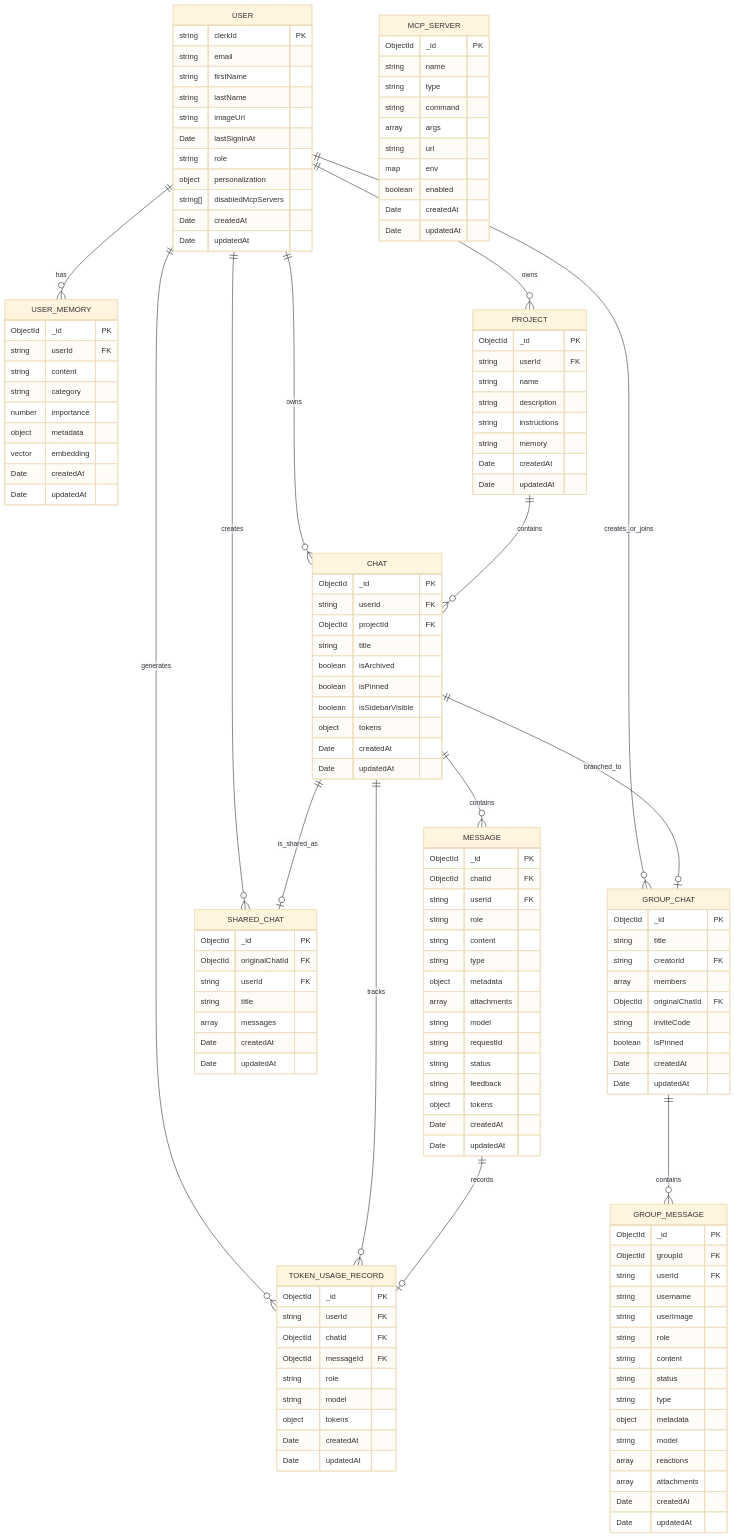
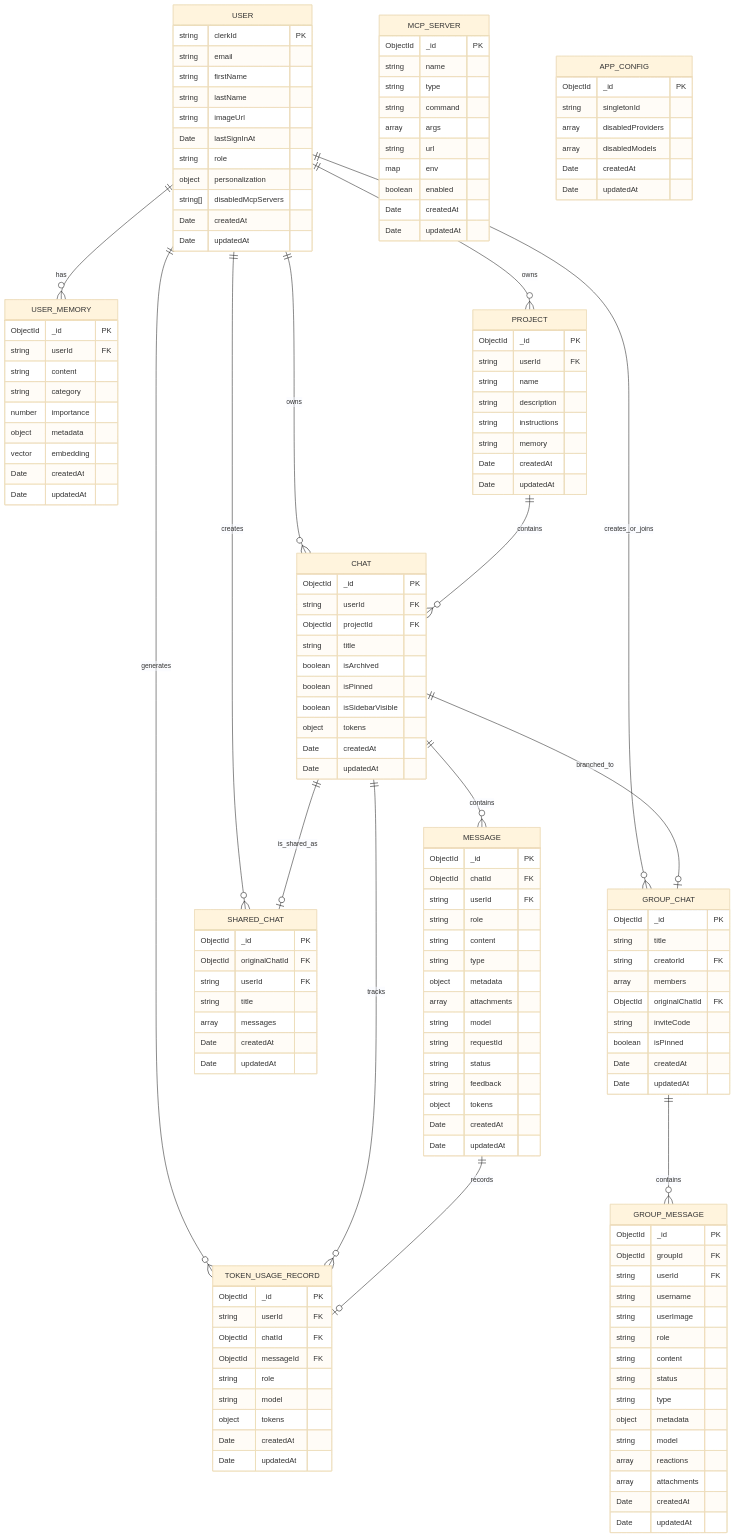
One commit to tushar-180/AI-chatbot changed the second of 2 diagrams in velora_project_report.md. Above: the diagram before and after it, drawn with Mermaid (base theme). The commit also changed other lines of this file, not shown here.

Commit message:
Updated the project report

````diff
--- a/velora_project_report.md
+++ b/velora_project_report.md
@@ -489,4 +489,13 @@
         Date createdAt
         Date updatedAt
     }
+    
+    APP_CONFIG {
+        ObjectId _id PK
+        string singletonId
+        array disabledProviders
+        array disabledModels
+        Date createdAt
+        Date updatedAt
+    }
 ```
````
